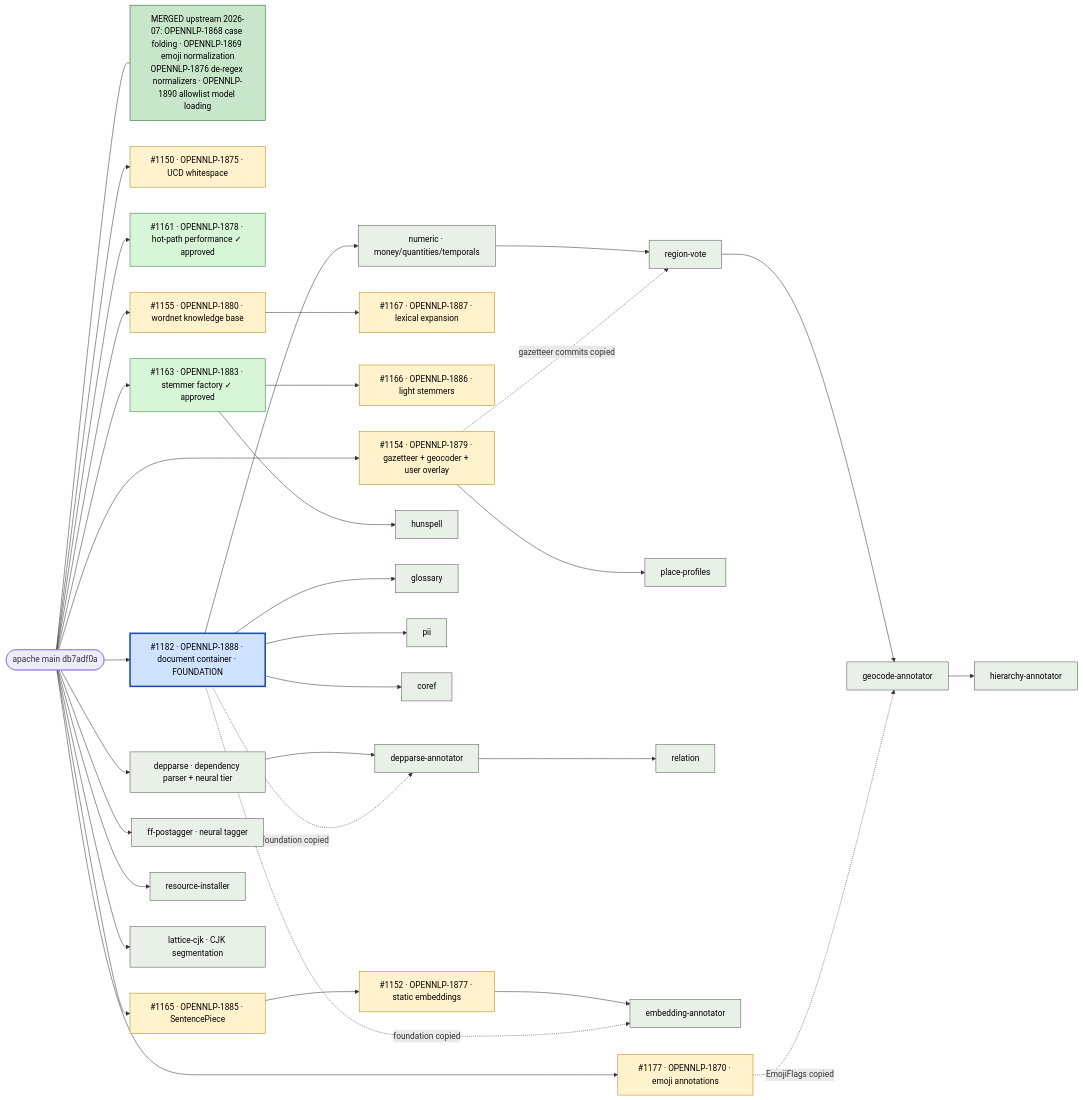
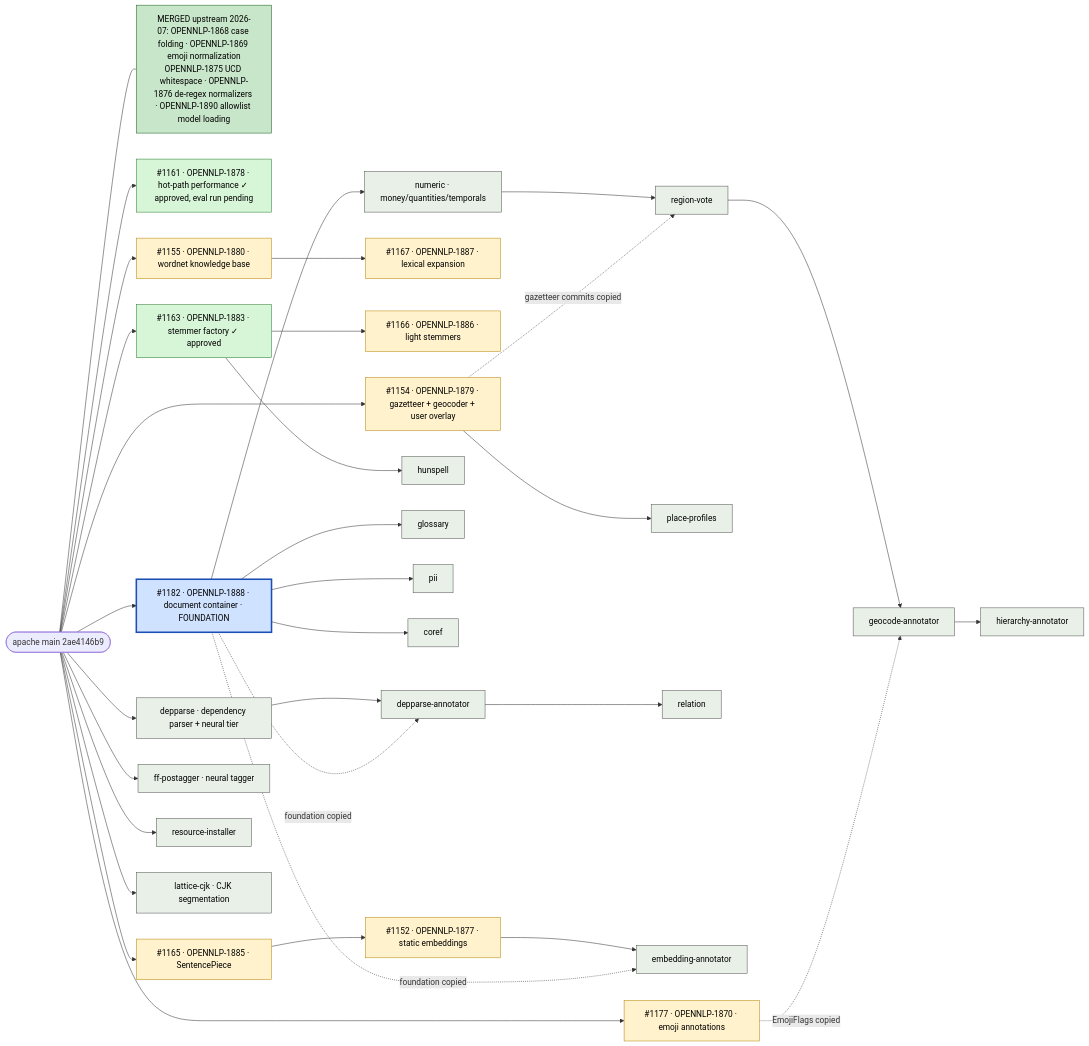
One commit to ai-pipestream/opennlp changed the diagram in RESEARCH_BRANCHES.md. Above: the diagram before and after it, drawn with Mermaid. The commit also changed other lines of this file, not shown here.

Commit message:
preview: Refresh the branch map for the OPENNLP-1875 merge and the tagger vector results

````diff
--- a/RESEARCH_BRANCHES.md
+++ b/RESEARCH_BRANCHES.md
@@ -9,59 +9,58 @@
 ```mermaid
 flowchart LR
-  main([apache main db7adf0a])
+  main([apache main 2ae4146b9])
 
-  merged["MERGED upstream 2026-07: OPENNLP-1868 case folding · OPENNLP-1869 emoji normalization<br/>OPENNLP-1876 de-regex normalizers · OPENNLP-1890 allowlist model loading"]
+  merged["MERGED upstream 2026-07: OPENNLP-1868 case folding · OPENNLP-1869 emoji normalization<br/>OPENNLP-1875 UCD whitespace · OPENNLP-1876 de-regex normalizers · OPENNLP-1890 allowlist model loading"]
   main --- merged
 
   %% ---- open pull requests against apache/opennlp ----
-  main --> p1150["#1150 · OPENNLP-1875 · UCD whitespace"]
-  main --> p1161["#1161 · OPENNLP-1878 · hot-path performance ✓ approved"]
+  main --> p1161["#1161 · OPENNLP-1878 · hot-path performance ✓ approved, eval run pending"]
   main --> p1177["#1177 · OPENNLP-1870 · emoji annotations"]
   main --> p1182["#1182 · OPENNLP-1888 · document container · FOUNDATION"]
   main --> d1154["#1154 · OPENNLP-1879 · gazetteer + geocoder + user overlay"]
   main --> d1155["#1155 · OPENNLP-1880 · wordnet knowledge base"]
   d1155 --> d1167["#1167 · OPENNLP-1887 · lexical expansion"]
   main --> d1163["#1163 · OPENNLP-1883 · stemmer factory ✓ approved"]
   d1163 --> d1166["#1166 · OPENNLP-1886 · light stemmers"]
   main --> d1165["#1165 · OPENNLP-1885 · SentencePiece"]
   d1165 --> d1152["#1152 · OPENNLP-1877 · static embeddings"]
 
   %% ---- staged engines (this fork only) ----
   main --> depp["depparse · dependency parser + neural tier"]
   main --> fftag["ff-postagger · neural tagger"]
   main --> inst["resource-installer"]
   main --> cjk["lattice-cjk · CJK segmentation"]
   d1163 --> huns["hunspell"]
   d1154 --> prof["place-profiles"]
 
   %% ---- staged annotators over the document container ----
   p1182 --> glos["glossary"]
   p1182 --> pii["pii"]
   p1182 --> coref["coref"]
   p1182 --> num["numeric · money/quantities/temporals"]
 
   depp --> deppa["depparse-annotator"]
   p1182 -. foundation copied .-> deppa
   deppa --> rel["relation"]
 
   d1152 --> emb["embedding-annotator"]
   p1182 -. foundation copied .-> emb
 
   num --> rvote["region-vote"]
   d1154 -. gazetteer commits copied .-> rvote
   rvote --> geo["geocode-annotator"]
   p1177 -. EmojiFlags copied .-> geo
   geo --> hier["hierarchy-annotator"]
 
   classDef mergedC fill:#c8e6c9,stroke:#1b5e20,color:#000;
   classDef approved fill:#d7f5d7,stroke:#2e7d32,color:#000;
   classDef draft fill:#fff2cc,stroke:#b8860b,color:#000;
   classDef foundation fill:#cfe2ff,stroke:#1c4fb3,color:#000,stroke-width:3px;
   classDef cut fill:#e8f0e8,stroke:#555,color:#000;
 
   class merged mergedC;
   class p1161,d1163 approved;
-  class p1150,p1177,d1152,d1154,d1155,d1165,d1166,d1167 draft;
+  class p1177,d1152,d1154,d1155,d1165,d1166,d1167 draft;
   class p1182 foundation;
   class depp,fftag,inst,cjk,huns,prof,glos,pii,coref,num,deppa,rel,geo,hier,rvote,emb cut;
 ```
````
